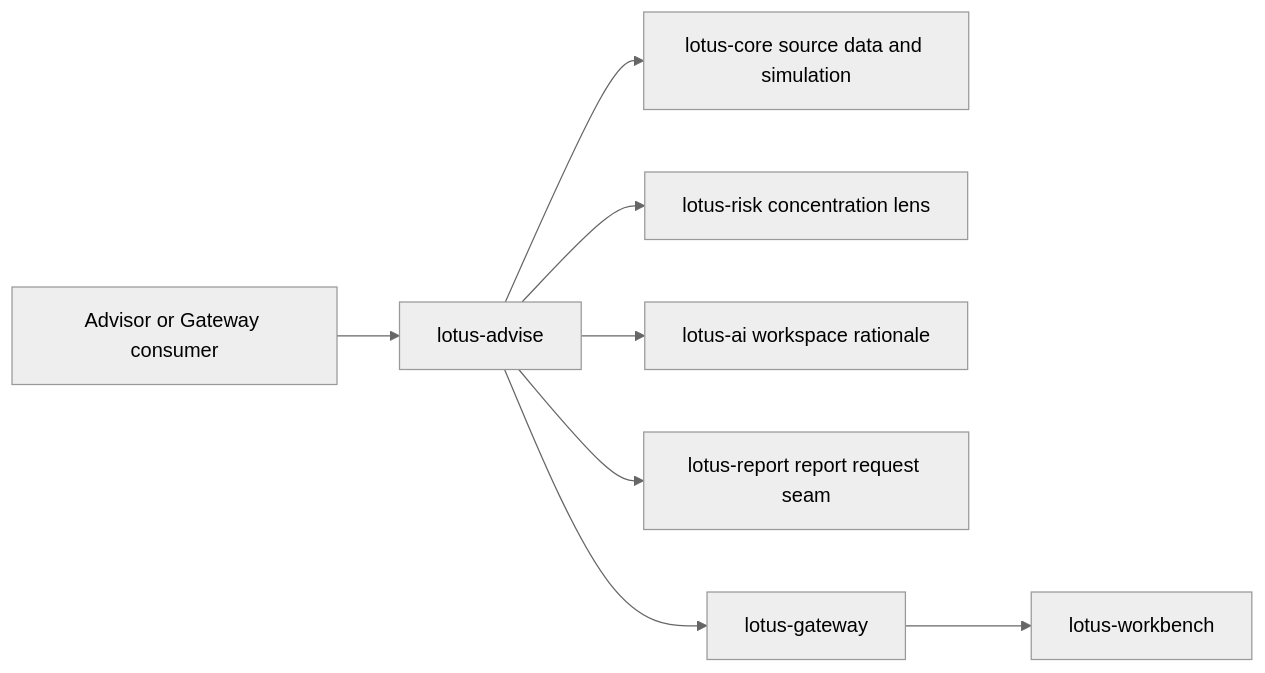
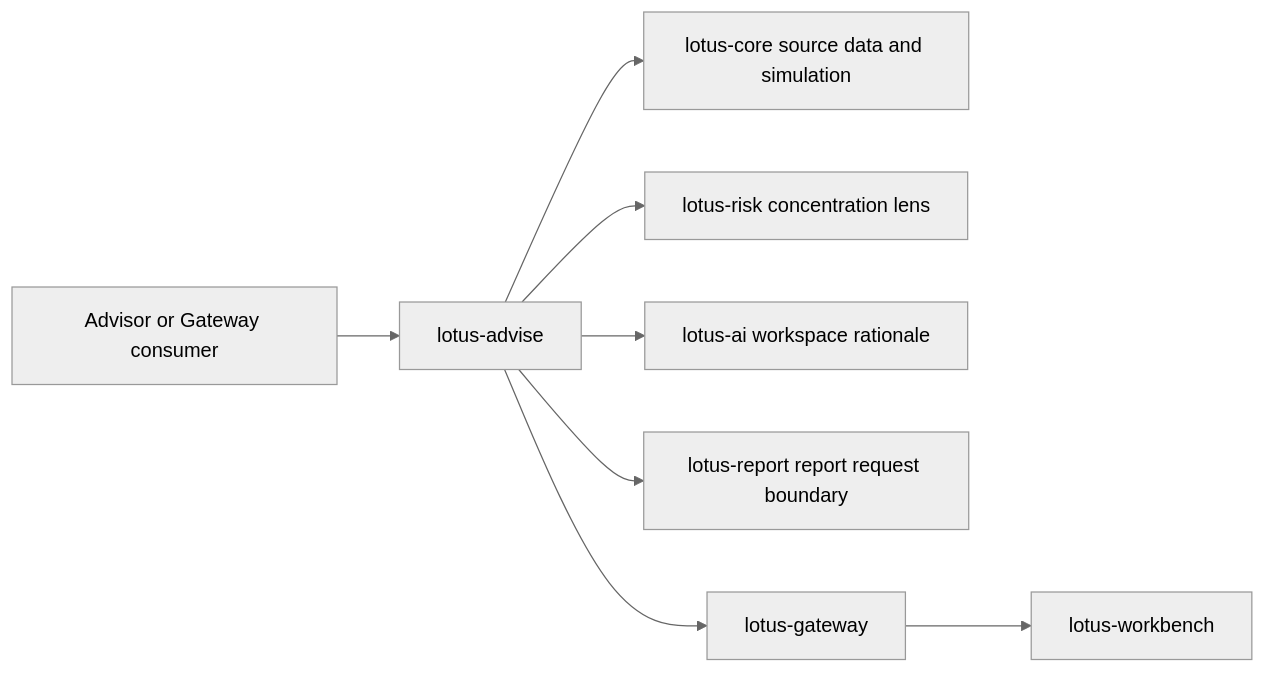
One commit to sgajbi/lotus-advise changed the first of 3 diagrams in wiki/Supported-Features.md. Above: the diagram before and after it, drawn with Mermaid (neutral theme). The commit also changed other lines of this file and 7 other files, not shown here.

````diff
--- a/wiki/Supported-Features.md
+++ b/wiki/Supported-Features.md
@@ -86,10 +86,10 @@
 ```mermaid
 flowchart LR
     Advisor[Advisor or Gateway consumer] --> Advise[lotus-advise]
     Advise --> Core[lotus-core source data and simulation]
     Advise --> Risk[lotus-risk concentration lens]
     Advise --> AI[lotus-ai workspace rationale]
-    Advise --> Report[lotus-report report request seam]
+    Advise --> Report[lotus-report report request boundary]
     Advise --> Gateway[lotus-gateway]
     Gateway --> Workbench[lotus-workbench]
 ```
````
